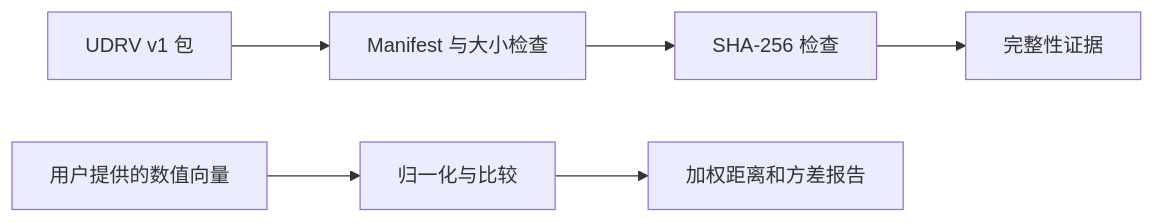
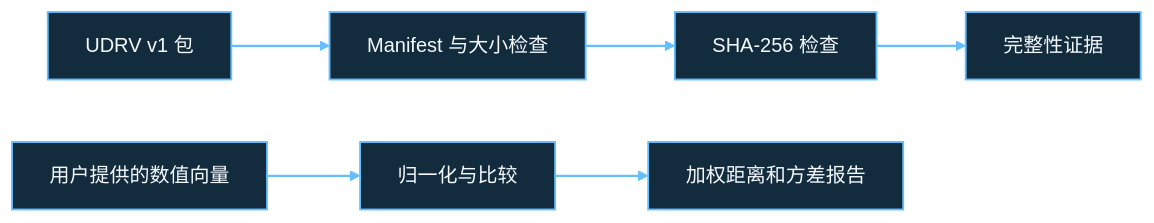
One commit to Ivan-VHS/OPlague changed the second of 2 diagrams in README.zh-CN.md. Above: the diagram before and after it, drawn with Mermaid. The commit also changed other lines of this file, not shown here.

````diff
--- a/README.zh-CN.md
+++ b/README.zh-CN.md
@@ -38,8 +46,11 @@
 ```mermaid
 flowchart LR
     A[UDRV v1 包] --> B[Manifest 与大小检查]
     B --> C[SHA-256 检查]
     C --> D[完整性证据]
     E[用户提供的数值向量] --> F[归一化与比较]
     F --> G[加权距离和方差报告]
+  classDef readmeNode fill:#122B3D,stroke:#65BFFF,color:#F4FAFF,stroke-width:1.5px;
+  class A,B,C,D,E,F,G readmeNode;
+  linkStyle default stroke:#65BFFF,stroke-width:1.8px;
 ```
````
